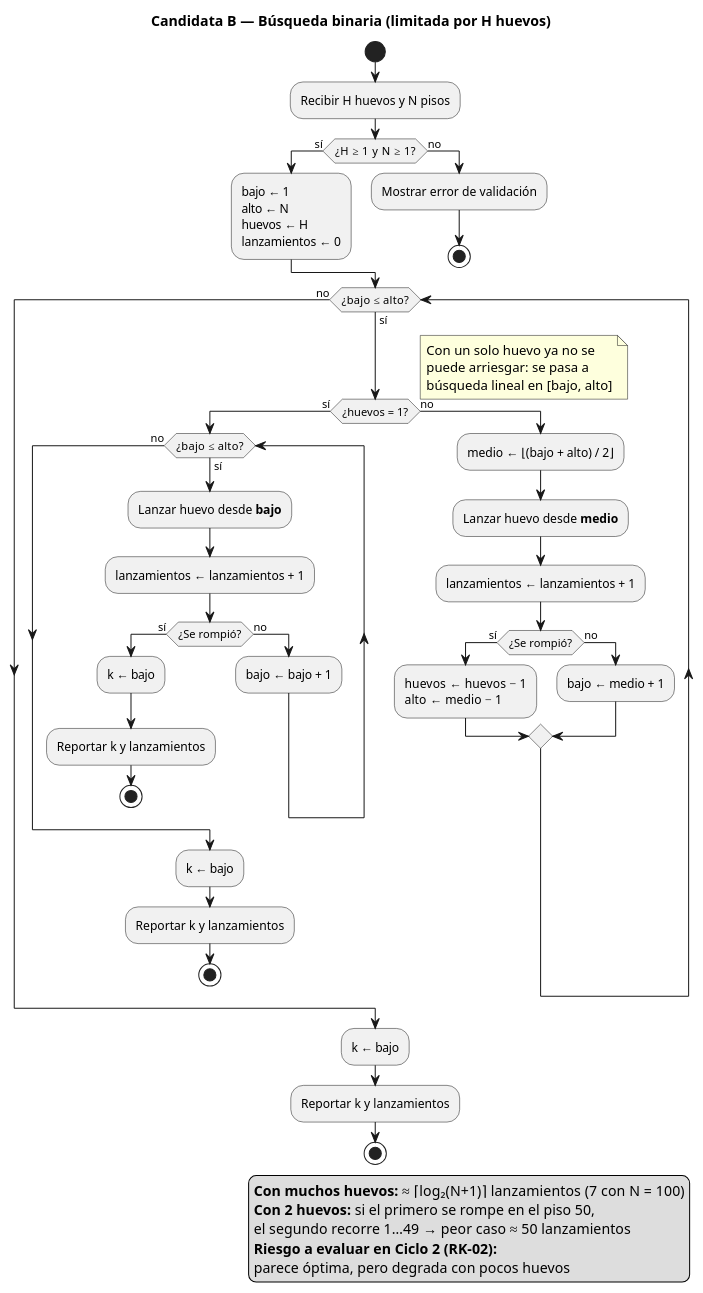
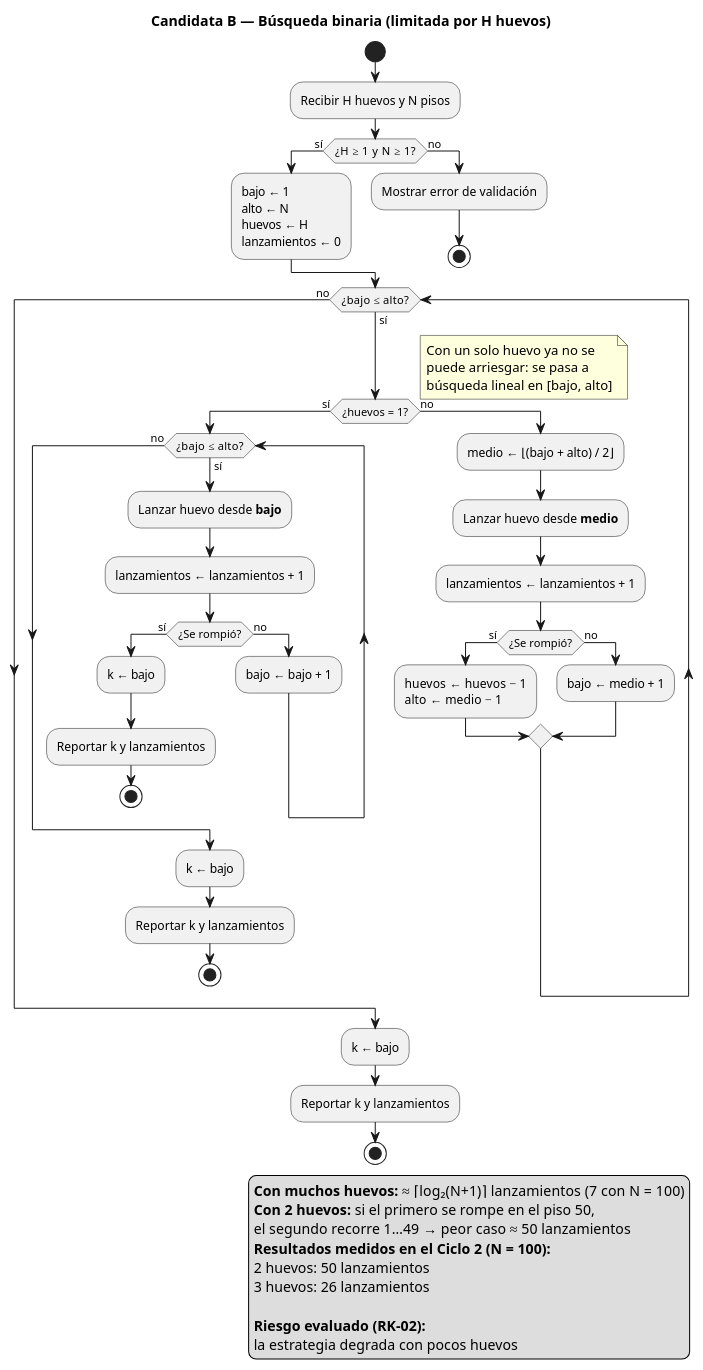
The diagram in diagramas/actividad_binaria.puml (Therinbsv/Problema-huevos), drawn with PlantUML before and after one commit. The commit also changed 1 other file, not shown here.

Commit message:
HUEVO-5: resultado medido del ciclo 2 en el diagrama binario

```diff
--- a/diagramas/actividad_binaria.puml
+++ b/diagramas/actividad_binaria.puml
@@ -1,62 +1,66 @@
 @startuml actividad_binaria
 ' Diagrama de actividad — Estrategia candidata B: búsqueda binaria con H huevos
 ' Ciclo 1 (Concepto) | Responsable: Arquitecto y modelador | Issue: HUEVO-5
 ' Trazabilidad: RF-03 | Riesgo: RK-02
 
 title Candidata B — Búsqueda binaria (limitada por H huevos)
 
 start
 :Recibir H huevos y N pisos;
 if (¿H ≥ 1 y N ≥ 1?) then (sí)
   :bajo ← 1\nalto ← N\nhuevos ← H\nlanzamientos ← 0;
 else (no)
   :Mostrar error de validación;
   stop
 endif
 
 while (¿bajo ≤ alto?) is (sí)
   if (¿huevos = 1?) then (sí)
     note right
       Con un solo huevo ya no se
       puede arriesgar: se pasa a
       búsqueda lineal en [bajo, alto]
     end note
     while (¿bajo ≤ alto?) is (sí)
       :Lanzar huevo desde **bajo**;
       :lanzamientos ← lanzamientos + 1;
       if (¿Se rompió?) then (sí)
         :k ← bajo;
         :Reportar k y lanzamientos;
         stop
       else (no)
         :bajo ← bajo + 1;
       endif
     endwhile (no)
     :k ← bajo;
     :Reportar k y lanzamientos;
     stop
   else (no)
     :medio ← ⌊(bajo + alto) / 2⌋;
     :Lanzar huevo desde **medio**;
     :lanzamientos ← lanzamientos + 1;
     if (¿Se rompió?) then (sí)
       :huevos ← huevos − 1\nalto ← medio − 1;
     else (no)
       :bajo ← medio + 1;
     endif
   endif
 endwhile (no)
 
 :k ← bajo;
 :Reportar k y lanzamientos;
 stop
 
 legend right
   **Con muchos huevos:** ≈ ⌈log₂(N+1)⌉ lanzamientos (7 con N = 100)
   **Con 2 huevos:** si el primero se rompe en el piso 50,
   el segundo recorre 1…49 → peor caso ≈ 50 lanzamientos
-  **Riesgo a evaluar en Ciclo 2 (RK-02):**
-  parece óptima, pero degrada con pocos huevos
+  **Resultados medidos en el Ciclo 2 (N = 100):**
+  2 huevos: 50 lanzamientos
+  3 huevos: 26 lanzamientos
+
+  **Riesgo evaluado (RK-02):**
+  la estrategia degrada con pocos huevos
 endlegend
 
 @enduml
```
